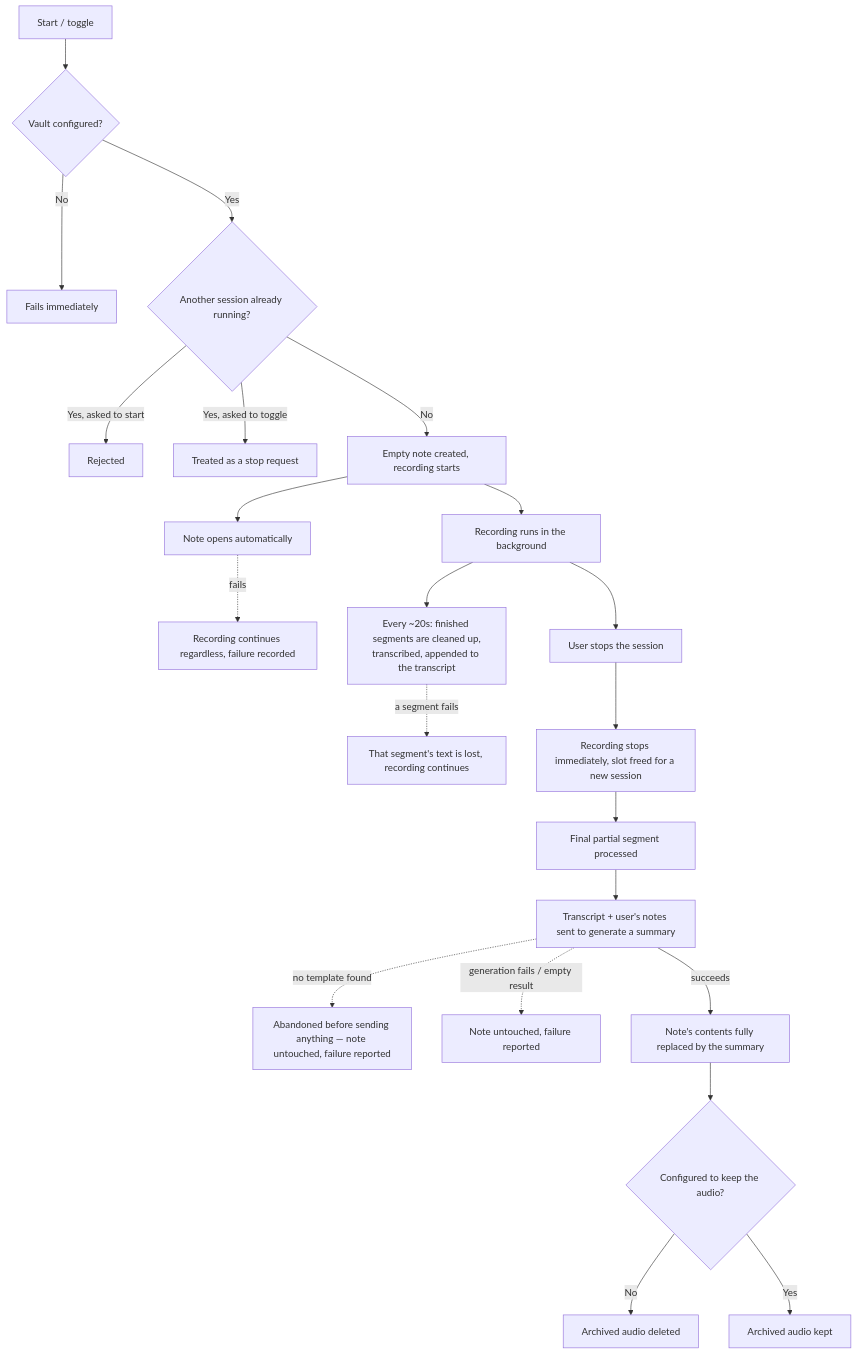
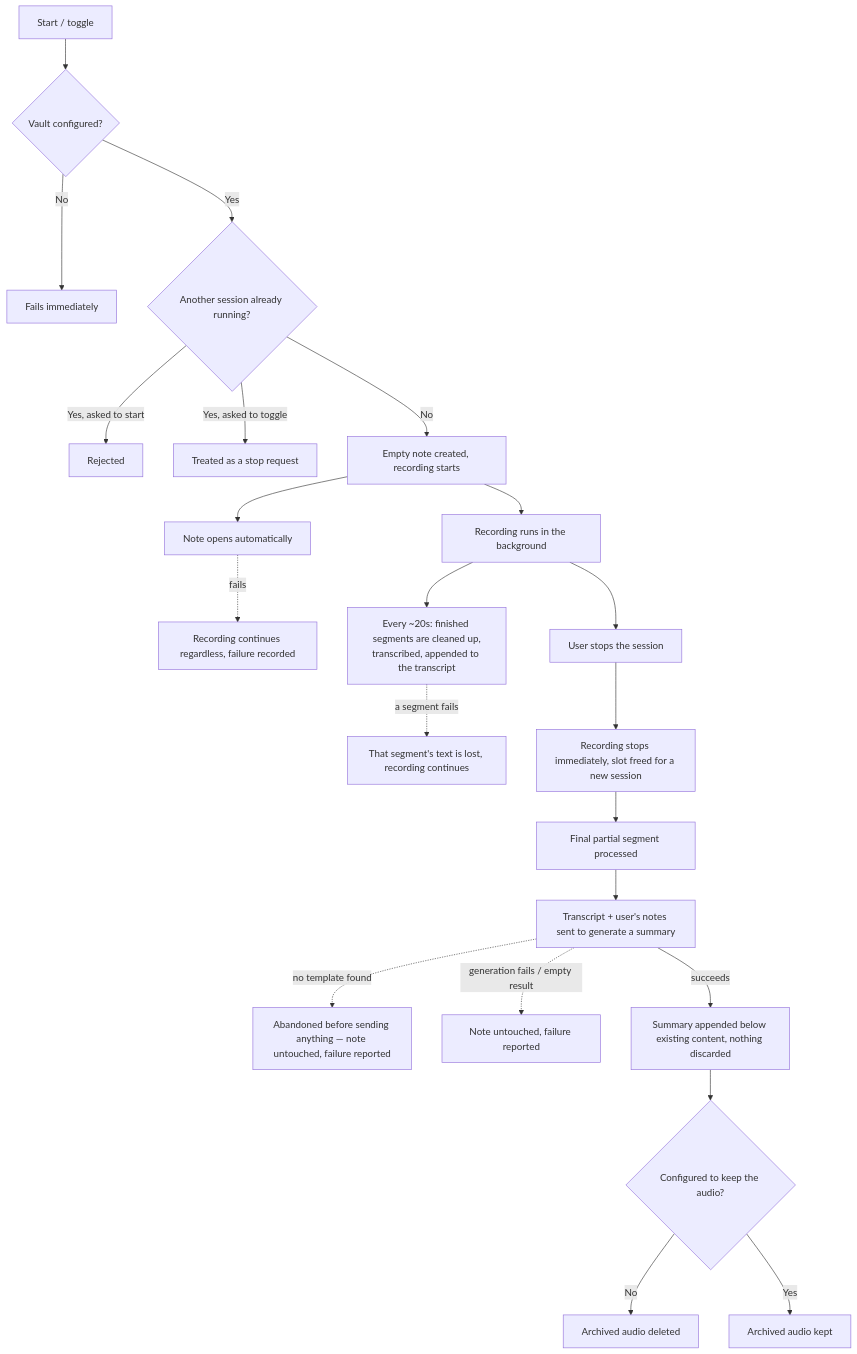
Before and after one commit to abrahambahez/trani: the first of 2 diagrams in docs/BEHAVIOR.md, drawn with Mermaid. The commit also changed other lines of this file and 7 other files, not shown here.

````diff
--- a/docs/BEHAVIOR.md
+++ b/docs/BEHAVIOR.md
@@ -44,24 +44,24 @@
 ```mermaid
 flowchart TD
     A[Start / toggle] --> B{Vault configured?}
     B -- No --> Z1[Fails immediately]
     B -- Yes --> C{Another session already running?}
     C -- Yes, asked to start --> Z2[Rejected]
     C -- Yes, asked to toggle --> S[Treated as a stop request]
     C -- No --> D[Empty note created, recording starts]
     D --> E[Note opens automatically]
     E -.fails.-> E2[Recording continues regardless, failure recorded]
     D --> F[Recording runs in the background]
     F --> G["Every ~20s: finished segments are cleaned up,\ntranscribed, appended to the transcript"]
     G -.a segment fails.-> G2[That segment's text is lost, recording continues]
     F --> H[User stops the session]
     H --> I[Recording stops immediately, slot freed for a new session]
     I --> J[Final partial segment processed]
     J --> K[Transcript + user's notes sent to generate a summary]
     K -.no template found.-> L1[Abandoned before sending anything — note untouched, failure reported]
     K -.generation fails / empty result.-> L2[Note untouched, failure reported]
-    K -- succeeds --> L3[Note's contents fully replaced by the summary]
+    K -- succeeds --> L3[Summary appended below existing content, nothing discarded]
     L3 --> M{Configured to keep the audio?}
     M -- No --> N[Archived audio deleted]
     M -- Yes --> O[Archived audio kept]
 ```
````
